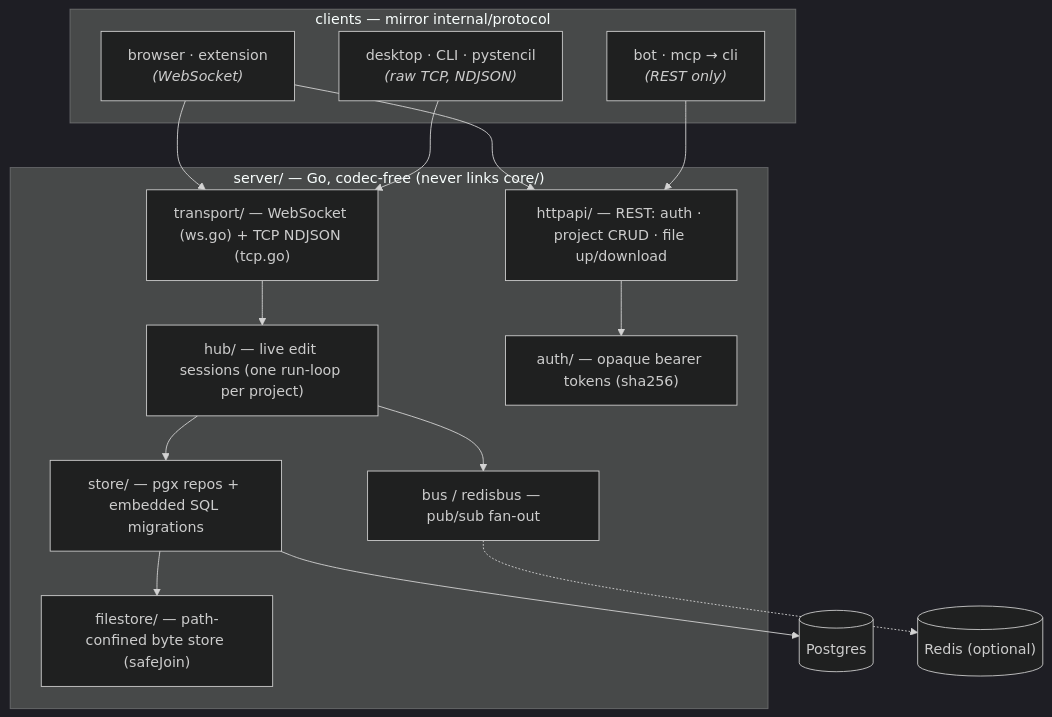
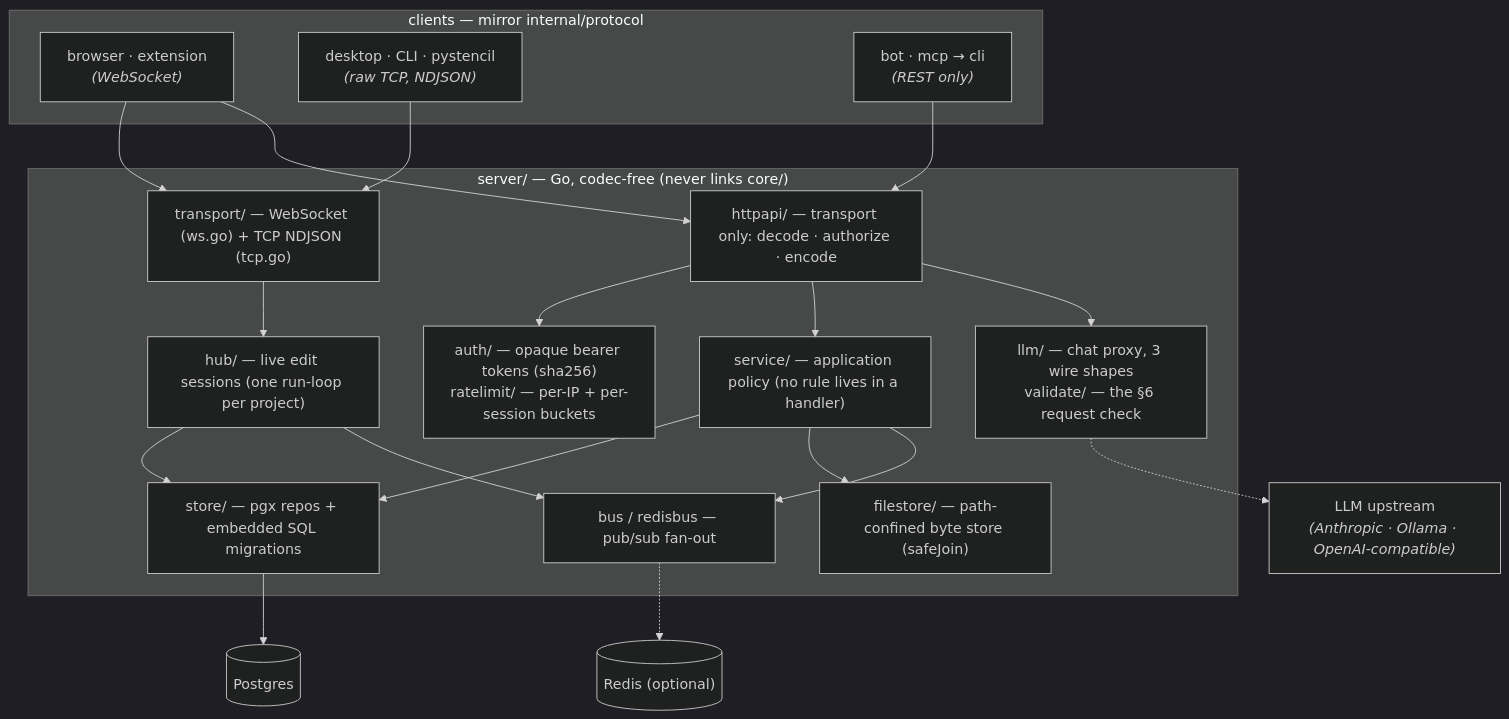
The diagram in server/README.md (andrew1407/stencil), drawn with Mermaid (dark theme) before and after one commit. The commit also changed other lines of this file and 3 other files, not shown here.

````diff
--- a/server/README.md
+++ b/server/README.md
@@ -13,31 +13,39 @@
 ```mermaid
 graph TD
     subgraph CLIENTS["clients — mirror internal/protocol"]
       WS["browser · extension<br/><i>(WebSocket)</i>"]
       TCP["desktop · CLI · pystencil<br/><i>(raw TCP, NDJSON)</i>"]
       REST["bot · mcp → cli<br/><i>(REST only)</i>"]
     end
     subgraph SRV["server/ — Go, codec-free (never links core/)"]
-      API["httpapi/ — REST: auth · project CRUD · file up/download"]
+      API["httpapi/ — transport only: decode · authorize · encode"]
       TRANS["transport/ — WebSocket (ws.go) + TCP NDJSON (tcp.go)"]
+      SVC["service/ — application policy (no rule lives in a handler)"]
       HUB["hub/ — live edit sessions (one run-loop per project)"]
-      AUTH["auth/ — opaque bearer tokens (sha256)"]
+      AUTH["auth/ — opaque bearer tokens (sha256)<br/>ratelimit/ — per-IP + per-session buckets"]
+      LLM["llm/ — chat proxy, 3 wire shapes<br/>validate/ — the §6 request check"]
       STORE["store/ — pgx repos + embedded SQL migrations"]
       FILES["filestore/ — path-confined byte store (safeJoin)"]
       BUS["bus / redisbus — pub/sub fan-out"]
     end
     PG[("Postgres")]
     RD[("Redis (optional)")]
+    UP["LLM upstream<br/><i>(Anthropic · Ollama · OpenAI-compatible)</i>"]
 
     WS --> TRANS
     TCP --> TRANS
     WS --> API
     REST --> API
     API --> AUTH
+    API --> SVC
+    API --> LLM
+    LLM -.-> UP
     TRANS --> HUB
+    SVC --> STORE
+    SVC --> FILES
+    SVC --> BUS
     HUB --> STORE
     HUB --> BUS
     STORE --> PG
-    STORE --> FILES
     BUS -.-> RD
 ```
````
